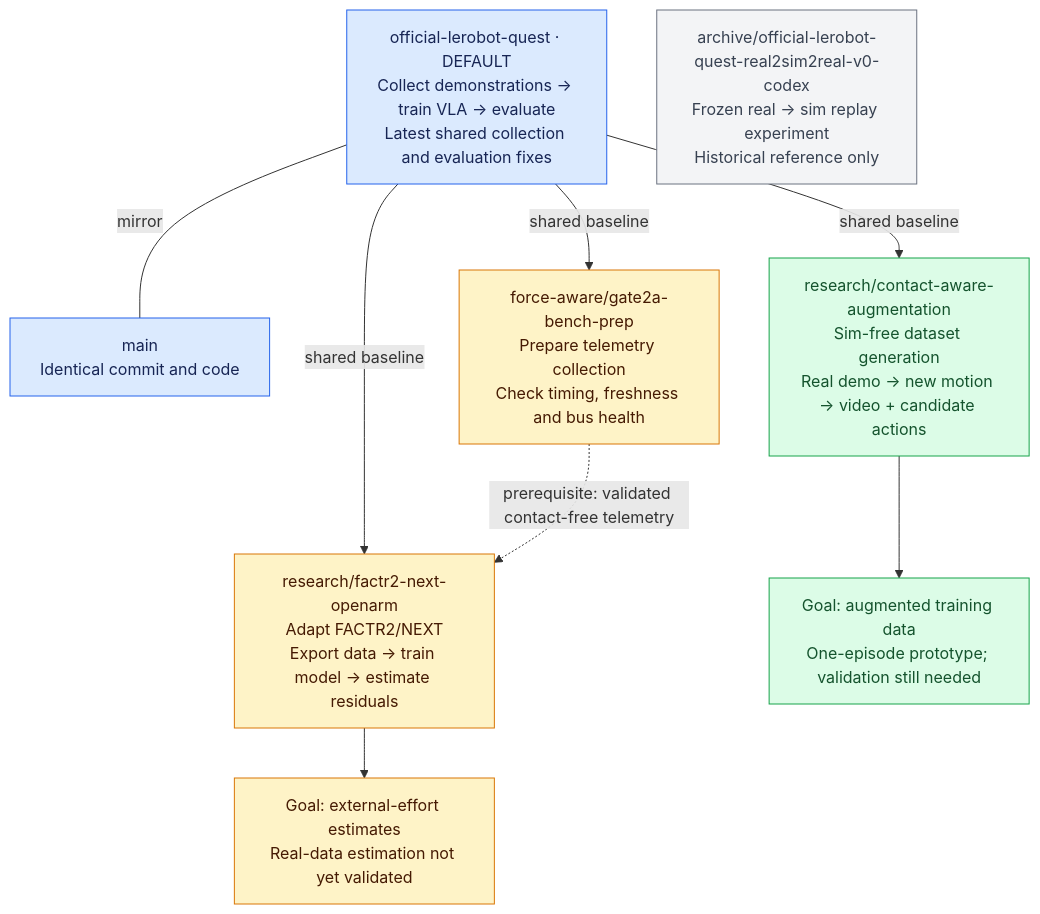
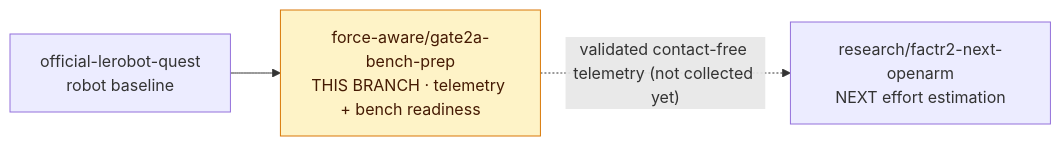
The diagram in README.md (StanleyChueh/lerobot_openarm), drawn with Mermaid before and after one commit. The commit also changed other lines of this file, not shown here.

First line of the commit message:
docs: branch README for force-aware Gate 2A (telemetry + bench readiness)

````diff
--- a/README.md
+++ b/README.md
@@ -8,25 +7,7 @@
 ```mermaid
-flowchart TB
-    BASE["official-lerobot-quest · DEFAULT<br/>Collect demonstrations → train VLA → evaluate<br/>Latest shared collection and evaluation fixes"]
-    MAIN["main<br/>Identical commit and code"]
-    BASE ---|mirror| MAIN
-
-    BASE -->|shared baseline| BENCH["force-aware/gate2a-bench-prep<br/>Prepare telemetry collection<br/>Check timing, freshness and bus health"]
-    BASE -->|shared baseline| NEXT["research/factr2-next-openarm<br/>Adapt FACTR2/NEXT<br/>Export data → train model → estimate residuals"]
-    BASE -->|shared baseline| SIMFREE["research/contact-aware-augmentation<br/>Sim-free dataset generation<br/>Real demo → new motion → video + candidate actions"]
-
-    BENCH -.->|"prerequisite: validated contact-free telemetry"| NEXT
-    NEXT --> FORCE["Goal: external-effort estimates<br/>Real-data estimation not yet validated"]
-    SIMFREE --> SYNTH["Goal: augmented training data<br/>One-episode prototype; validation still needed"]
-
-    ARCHIVE["archive/official-lerobot-quest-real2sim2real-v0-codex<br/>Frozen real → sim replay experiment<br/>Historical reference only"]
-
-    classDef baseline fill:#dbeafe,stroke:#2563eb,color:#172554
-    classDef force fill:#fef3c7,stroke:#d97706,color:#451a03
-    classDef generation fill:#dcfce7,stroke:#16a34a,color:#14532d
-    classDef archived fill:#f3f4f6,stroke:#6b7280,color:#374151
-    class BASE,MAIN baseline
-    class BENCH,NEXT,FORCE force
-    class SIMFREE,SYNTH generation
-    class ARCHIVE archived
+flowchart LR
+    BASE["official-lerobot-quest<br/>robot baseline"] --> THIS["force-aware/gate2a-bench-prep<br/>THIS BRANCH · telemetry + bench readiness"]
+    THIS -.->|"validated contact-free telemetry (not collected yet)"| NEXT["research/factr2-next-openarm<br/>NEXT effort estimation"]
+    classDef me fill:#fef3c7,stroke:#d97706,color:#451a03
+    class THIS me
 ```
````
